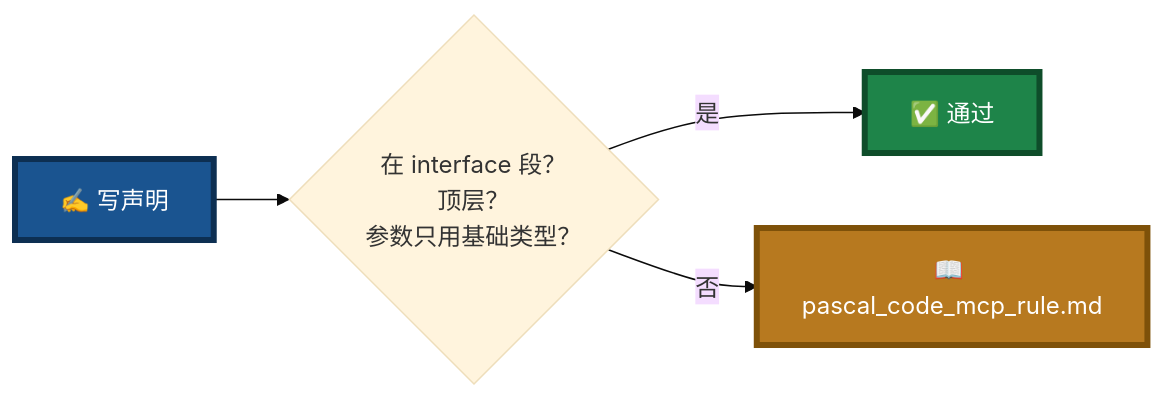
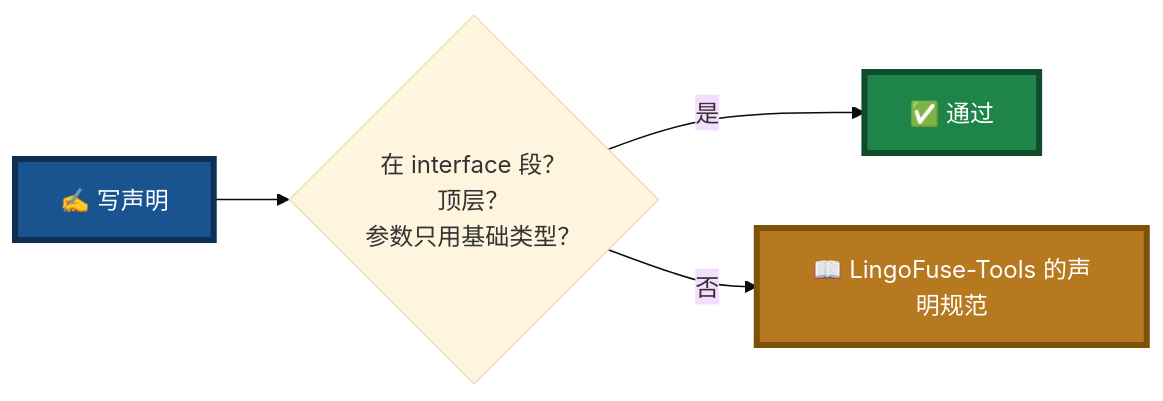
Before and after one commit to PassByYou888/LingoFuse-pasAgent-v3: the fifth of 12 diagrams in Pascal_Integration_Guide.md, drawn with Mermaid (base theme). The commit also changed other lines of this file and 83 other files, not shown here.

````diff
--- a/Pascal_Integration_Guide.md
+++ b/Pascal_Integration_Guide.md
@@ -143,10 +149,10 @@
 ```mermaid
 flowchart LR
     A["✍️ 写声明"] --> B{"在 interface 段？<br/>顶层？<br/>参数只用基础类型？"}
     B -->|"是"| C["✅ 通过"]
-    B -->|"否"| D["📖 pascal_code_mcp_rule.md"]
+    B -->|"否"| D["📖 LingoFuse-Tools 的声明规范"]
 
     style A fill:#1A5490,stroke:#0D2F52,stroke-width:4px,color:#FFFFFF
     style C fill:#1E8449,stroke:#0E4D2A,stroke-width:4px,color:#FFFFFF
     style D fill:#B7791F,stroke:#7E5109,stroke-width:4px,color:#FFFFFF
 ```
````
